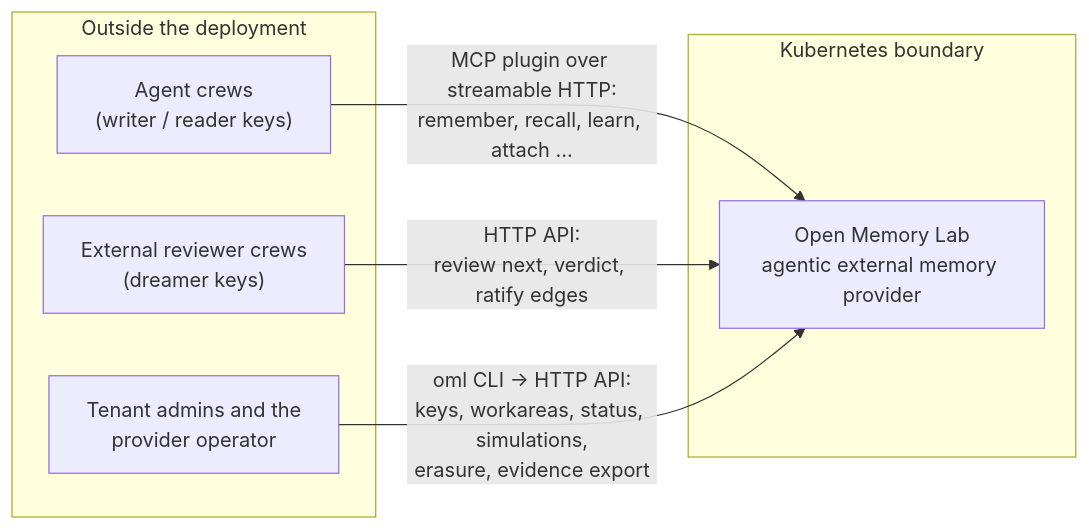
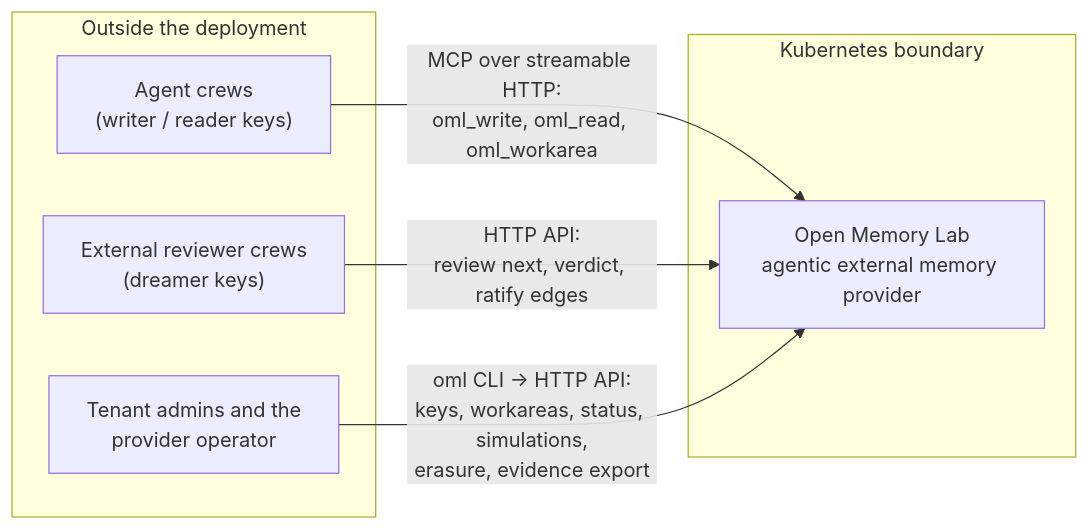
Before and after one commit to e8kor/open-memory-lab: the first of 8 diagrams in docs/architecture/overview.md, drawn with Mermaid. The commit also changed other lines of this file and 24 other files, not shown here.

````diff
--- a/docs/architecture/overview.md
+++ b/docs/architecture/overview.md
@@ -29,14 +56,14 @@
 ```mermaid
 flowchart LR
     subgraph outside ["Outside the deployment"]
         AG["Agent crews<br/>(writer / reader keys)"]
         RC["External reviewer crews<br/>(dreamer keys)"]
         AD["Tenant admins and the<br/>provider operator"]
     end
     subgraph k8s ["Kubernetes boundary"]
         OML["Open Memory Lab<br/>agentic external memory provider"]
     end
-    AG -- "MCP plugin over streamable HTTP:<br/>remember, recall, learn, attach …" --> OML
+    AG -- "MCP over streamable HTTP:<br/>oml_write, oml_read, oml_workarea" --> OML
     RC -- "HTTP API:<br/>review next, verdict, ratify edges" --> OML
     AD -- "oml CLI → HTTP API:<br/>keys, workareas, status, simulations,<br/>erasure, evidence export" --> OML
 ```
````
